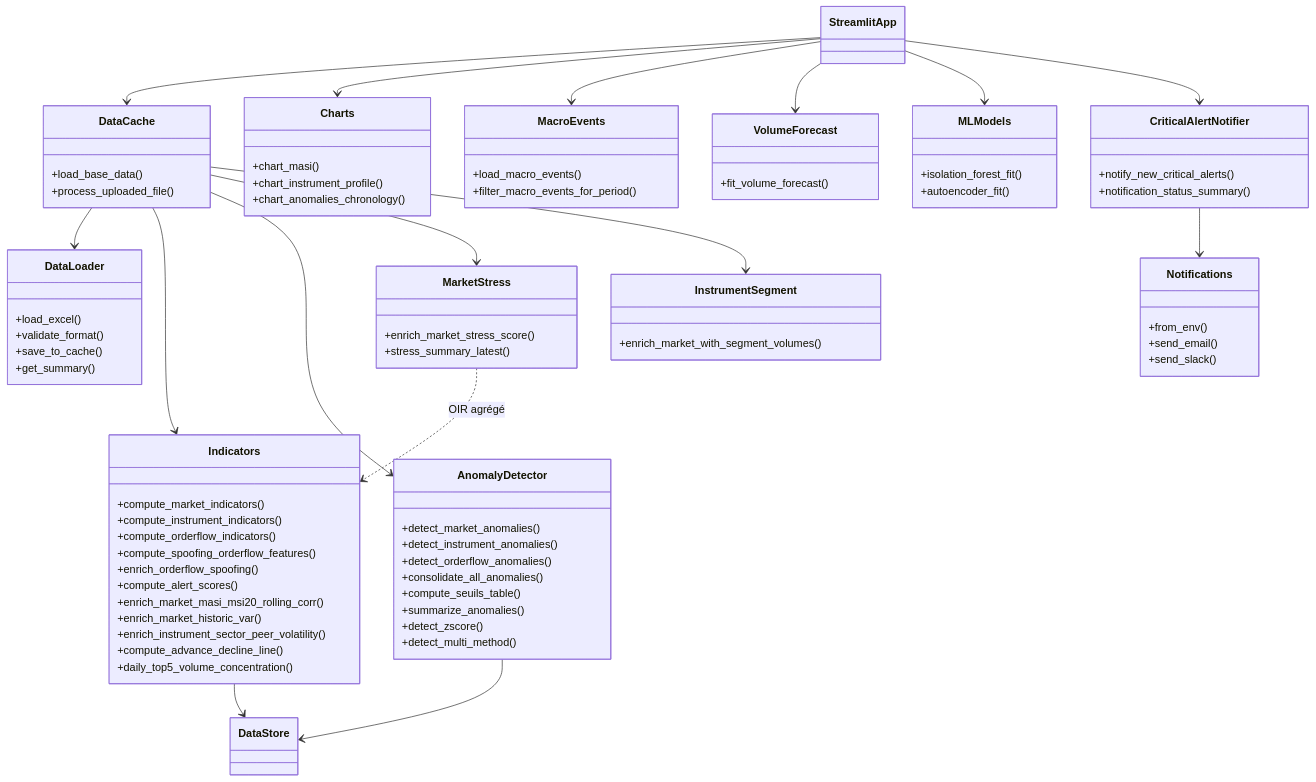
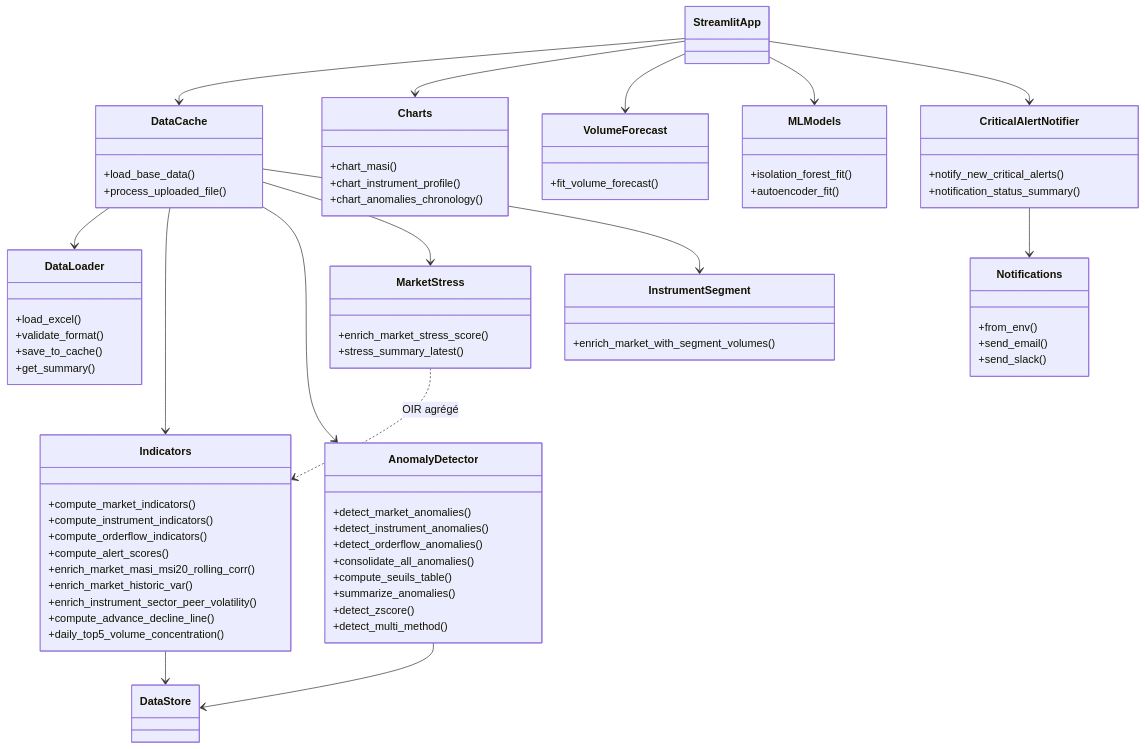
The first of 5 diagrams in docs/diagrammes_projet.md (Ashrafsellak9/BourseDeCasablanca), drawn with Mermaid before and after one commit. The commit also changed other lines of this file and 9 other files, not shown here.

```diff
--- a/docs/diagrammes_projet.md
+++ b/docs/diagrammes_projet.md
@@ -37,8 +37,6 @@
         +compute_market_indicators()
         +compute_instrument_indicators()
         +compute_orderflow_indicators()
-        +compute_spoofing_orderflow_features()
-        +enrich_orderflow_spoofing()
         +compute_alert_scores()
         +enrich_market_masi_msi20_rolling_corr()
         +enrich_market_historic_var()
@@ -72,11 +70,6 @@
         +enrich_market_with_segment_volumes()
     }
 
-    class MacroEvents {
-        +load_macro_events()
-        +filter_macro_events_for_period()
-    }
-
     class VolumeForecast {
         +fit_volume_forecast()
     }
@@ -103,7 +96,6 @@
     DataCache --> InstrumentSegment
     Indicators --> DataStore
     AnomalyDetector --> DataStore
-    StreamlitApp --> MacroEvents
     StreamlitApp --> VolumeForecast
     StreamlitApp --> MLModels
     CriticalAlertNotifier --> Notifications
```
